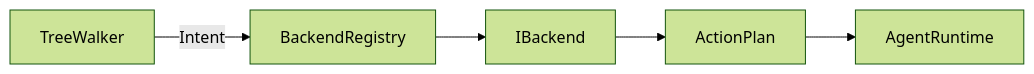
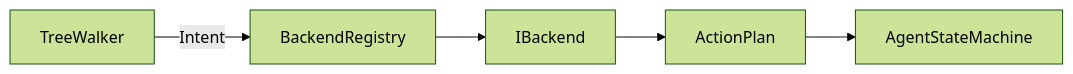
One commit to jabbadablack/G.O.A.T changed the diagram in Docs/02 - C++ Components/IBackend.md. Above: the diagram before and after it, drawn with Mermaid (forest theme). The commit also changed other lines of this file and 82 other files, not shown here.

````diff
--- a/Docs/02 - C++ Components/IBackend.md
+++ b/Docs/02 - C++ Components/IBackend.md
@@ -73,7 +70,7 @@
 ```mermaid
 graph LR
     A[TreeWalker] -->|Intent| B[BackendRegistry]
     B --> C[IBackend]
     C --> D[ActionPlan]
-    D --> E[AgentRuntime]
+    D --> E[AgentStateMachine]
 ```
````
